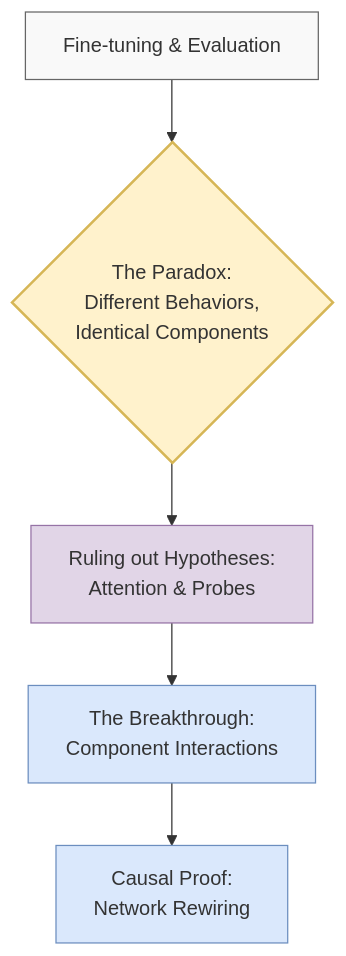
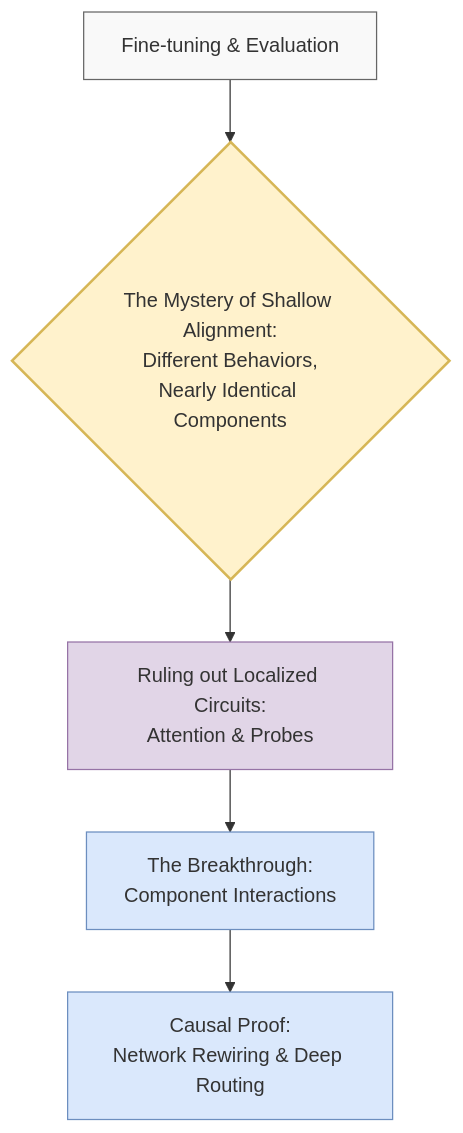
Before and after one commit to tylercrosse/LLM_morality: the first of 4 diagrams in WRITE_UP.md, drawn with Mermaid. The commit also changed other lines of this file, not shown here.

Commit message:
Reframe paradox as mystery

````diff
--- a/WRITE_UP.md
+++ b/WRITE_UP.md
@@ -40,18 +40,18 @@
 ```mermaid
 graph TD
     classDef setup fill:#f9f9f9,stroke:#666,stroke-width:1px;
-    classDef paradox fill:#fff2cc,stroke:#d6b656,stroke-width:2px;
+    classDef feature fill:#fff2cc,stroke:#d6b656,stroke-width:2px;
     classDef test fill:#e1d5e7,stroke:#9673a6,stroke-width:1px;
     classDef causal fill:#dae8fc,stroke:#6c8ebf,stroke-width:1px;
 
     %% High-level narrative arc
-    FT[Fine-tuning & Evaluation] --> Paradox{The Paradox:<br>Different Behaviors,<br>Identical Components}
-    Paradox --> Tests[Ruling out Hypotheses:<br>Attention & Probes]
+    FT[Fine-tuning & Evaluation] --> Mystery{The Mystery of Shallow Alignment:<br>Different Behaviors,<br>Nearly Identical Components}
+    Mystery --> Tests[Ruling out Localized Circuits:<br>Attention & Probes]
     Tests --> Breakthrough[The Breakthrough:<br>Component Interactions]
-    Breakthrough --> Mech[Causal Proof:<br>Network Rewiring]
+    Breakthrough --> Mech[Causal Proof:<br>Network Rewiring & Deep Routing]
 
     class FT setup;
-    class Paradox paradox;
+    class Mystery feature;
     class Tests test;
     class Breakthrough,Mech causal;
 ```
````
